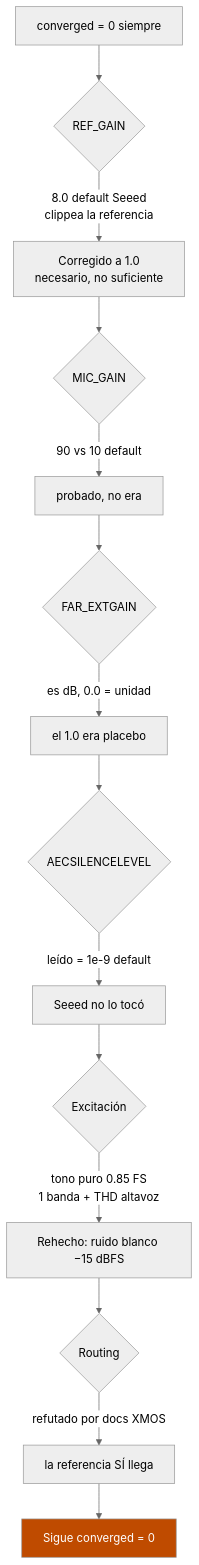
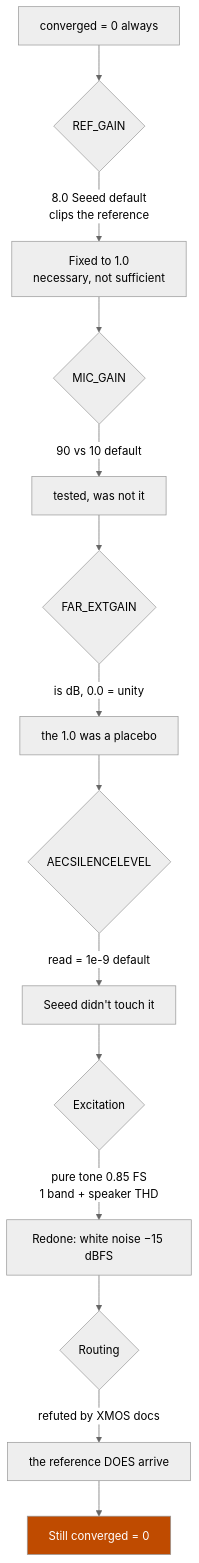
The second of 4 diagrams in blog-1-aec-full-duplex.md (Zetesis-Labs/Sebastian), drawn with Mermaid (neutral theme) before and after one commit. The commit also changed other lines of this file and 31 other files, not shown here.

````diff
--- a/blog-1-aec-full-duplex.md
+++ b/blog-1-aec-full-duplex.md
@@ -50,17 +50,17 @@
 ```mermaid
 flowchart TD
-    START[converged = 0 siempre] --> G1{REF_GAIN}
-    G1 -->|8.0 default Seeed<br/>clippea la referencia| FIX1[Corregido a 1.0<br/>necesario, no suficiente]
+    START[converged = 0 always] --> G1{REF_GAIN}
+    G1 -->|8.0 Seeed default<br/>clips the reference| FIX1[Fixed to 1.0<br/>necessary, not sufficient]
     FIX1 --> G2{MIC_GAIN}
-    G2 -->|90 vs 10 default| FIX2[probado, no era]
+    G2 -->|90 vs 10 default| FIX2[tested, was not it]
     FIX2 --> G3{FAR_EXTGAIN}
-    G3 -->|es dB, 0.0 = unidad| FIX3[el 1.0 era placebo]
+    G3 -->|is dB, 0.0 = unity| FIX3[the 1.0 was a placebo]
     FIX3 --> G4{AECSILENCELEVEL}
-    G4 -->|leído = 1e-9 default| FIX4[Seeed no lo tocó]
-    FIX4 --> G5{Excitación}
-    G5 -->|tono puro 0.85 FS<br/>1 banda + THD altavoz| FIX5[Rehecho: ruido blanco −15 dBFS]
+    G4 -->|read = 1e-9 default| FIX4[Seeed didn't touch it]
+    FIX4 --> G5{Excitation}
+    G5 -->|pure tone 0.85 FS<br/>1 band + speaker THD| FIX5[Redone: white noise −15 dBFS]
     FIX5 --> G6{Routing}
-    G6 -->|refutado por docs XMOS| FIX6[la referencia SÍ llega]
-    FIX6 --> STILL[Sigue converged = 0]
+    G6 -->|refuted by XMOS docs| FIX6[the reference DOES arrive]
+    FIX6 --> STILL[Still converged = 0]
     style STILL fill:#bf4b00,color:#fff
 ```
````
